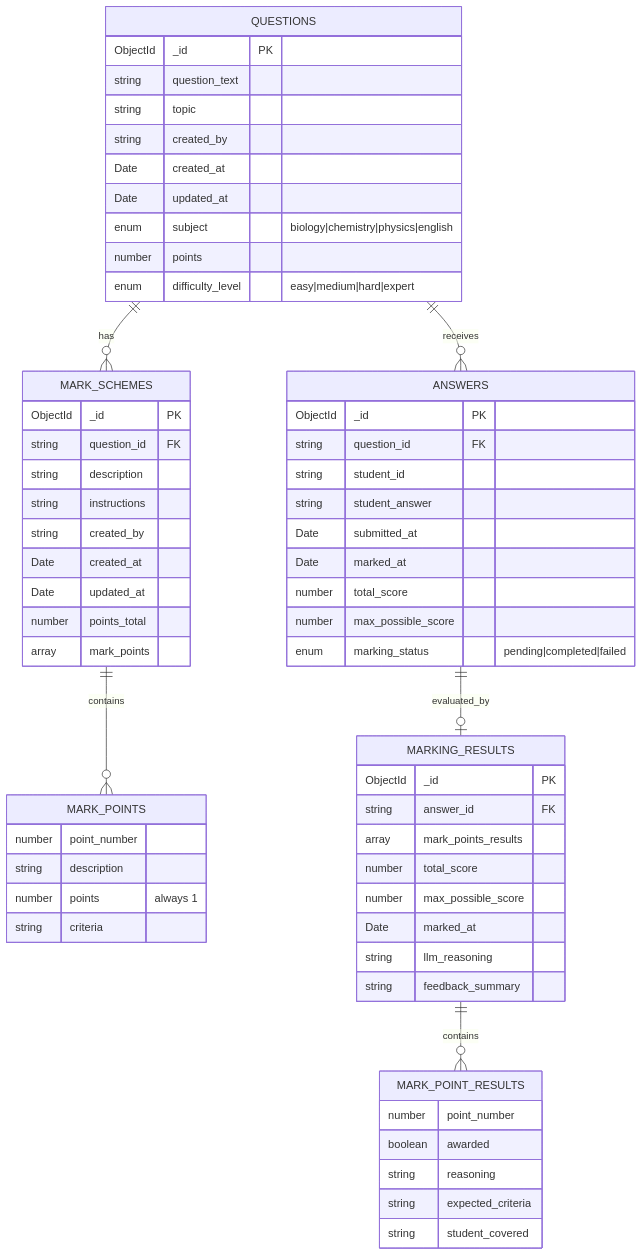
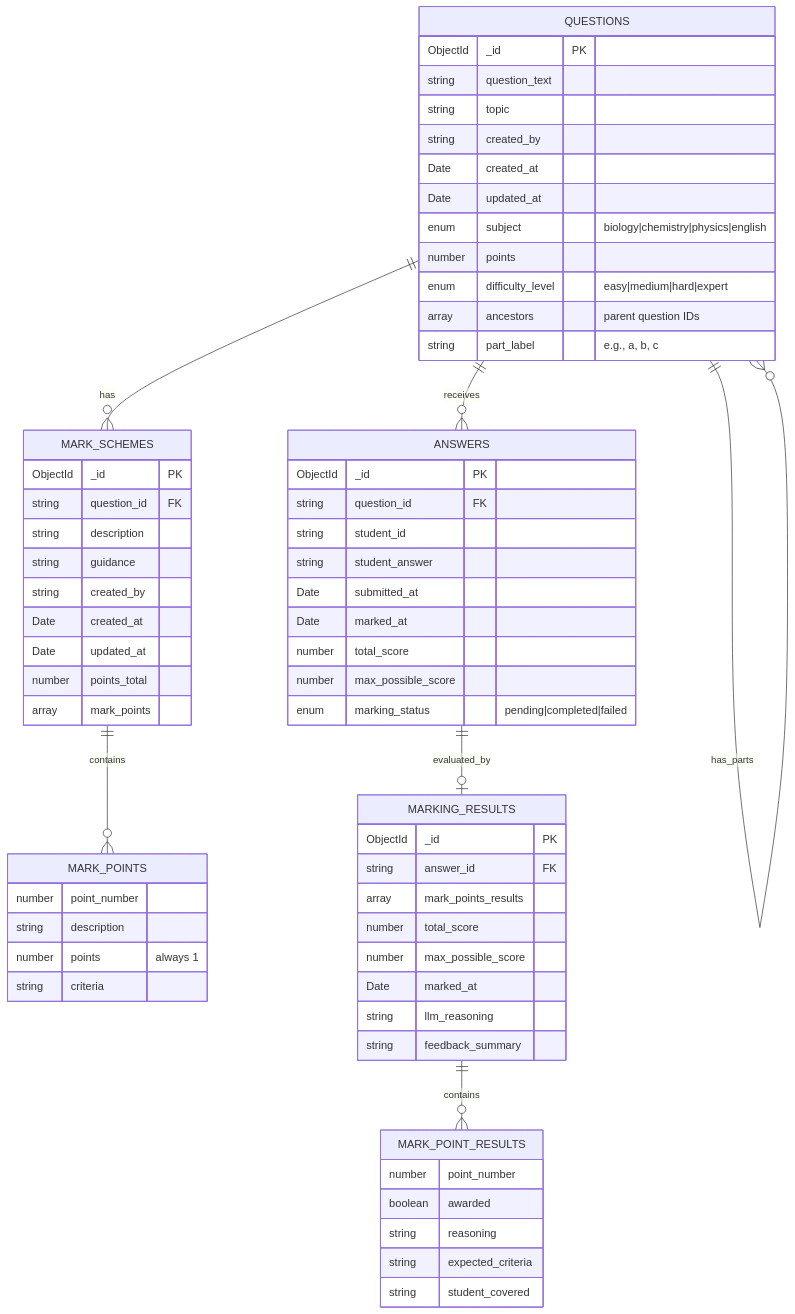
Before and after one commit to stuburger/deepmark: the diagram in db-entity-relationship-diagram.md, drawn with Mermaid. The commit also changed other lines of this file and 5 other files, not shown here.

First line of the commit message:
feat: implement hierarchical question structure with ancestors pattern

````diff
--- a/db-entity-relationship-diagram.md
+++ b/db-entity-relationship-diagram.md
@@ -3,78 +3,81 @@
 ```mermaid
 erDiagram
     QUESTIONS {
         ObjectId _id PK
         string question_text
         string topic
         string created_by
         Date created_at
         Date updated_at
         enum subject "biology|chemistry|physics|english"
         number points
         enum difficulty_level "easy|medium|hard|expert"
+        array ancestors "parent question IDs"
+        string part_label "e.g., a, b, c"
     }
 
     MARK_SCHEMES {
         ObjectId _id PK
         string question_id FK
         string description
-        string instructions
+        string guidance
         string created_by
         Date created_at
         Date updated_at
         number points_total
         array mark_points
     }
 
     MARK_POINTS {
         number point_number
         string description
         number points "always 1"
         string criteria
     }
 
     ANSWERS {
         ObjectId _id PK
         string question_id FK
         string student_id
         string student_answer
         Date submitted_at
         Date marked_at
         number total_score
         number max_possible_score
         enum marking_status "pending|completed|failed"
     }
 
     MARKING_RESULTS {
         ObjectId _id PK
         string answer_id FK
         array mark_points_results
         number total_score
         number max_possible_score
         Date marked_at
         string llm_reasoning
         string feedback_summary
     }
 
     MARK_POINT_RESULTS {
         number point_number
         boolean awarded
         string reasoning
         string expected_criteria
         string student_covered
     }
 
     %% Relationships
+    QUESTIONS ||--o{ QUESTIONS : "has_parts"
     QUESTIONS ||--o{ MARK_SCHEMES : "has"
     MARK_SCHEMES ||--o{ MARK_POINTS : "contains"
     QUESTIONS ||--o{ ANSWERS : "receives"
     ANSWERS ||--o| MARKING_RESULTS : "evaluated_by"
     MARKING_RESULTS ||--o{ MARK_POINT_RESULTS : "contains"
 
     %% Notes
     %% MARK_POINTS is embedded in MARK_SCHEMES
     %% MARK_POINT_RESULTS is embedded in MARKING_RESULTS
     %% question_id in MARK_SCHEMES references QUESTIONS._id
     %% question_id in ANSWERS references QUESTIONS._id
     %% answer_id in MARKING_RESULTS references ANSWERS._id
 ```
````
